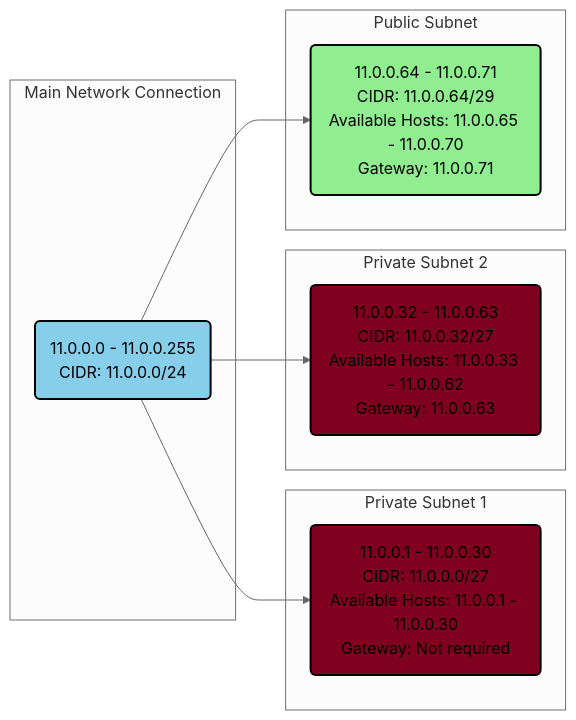
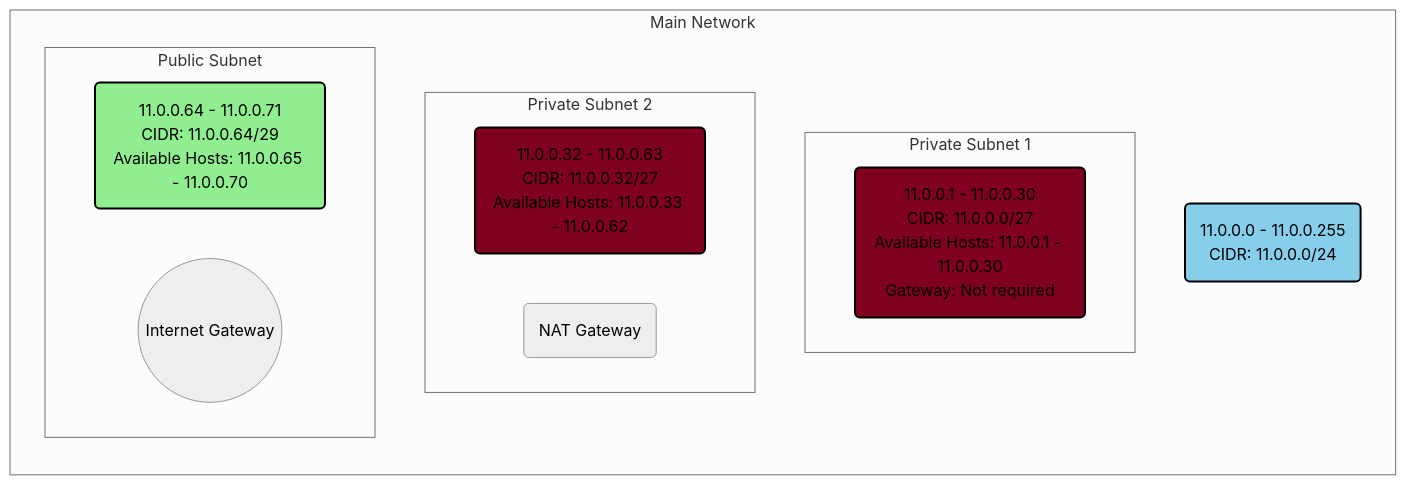
One commit to techgrounds/techgrounds-techgroundsStudent changed the diagram in 02_NTW/02_NTW_06_Subnetten/verslag.md. Above: the diagram before and after it, drawn with Mermaid (neutral theme).

````diff
--- a/02_NTW/02_NTW_06_Subnetten/verslag.md
+++ b/02_NTW/02_NTW_06_Subnetten/verslag.md
@@ -17,31 +17,38 @@
 ```mermaid
 graph LR;
 
-subgraph Main Network Connection
+style subnet11 fill:#87CEEB,stroke:#000000,stroke-width:2px;
+style subnetPublic fill:#90EE90,stroke:#000000,stroke-width:2px;
+
+subgraph Main Network
     style subnet11 fill:#87CEEB,stroke:#000000,stroke-width:2px;
     subnet11(11.0.0.0 - 11.0.0.255<br/>CIDR: 11.0.0.0/24);
+    
+    subgraph Private Subnet 1
+        style subnet1 fill:#800020,stroke:#000000,stroke-width:2px;
+        class subnet1Text fill:#FFFFFF,stroke:none,font-weight:bold;
+        subnet1(11.0.0.1 - 11.0.0.30<br/>CIDR: 11.0.0.0/27<br/>Available Hosts: 11.0.0.1 - 11.0.0.30<br/>Gateway: Not required);
+    end
+    
+    subgraph Private Subnet 2
+        style subnet2 fill:#800020,stroke:#000000,stroke-width:2px;
+        class subnet2Text fill:#FFFFFF,stroke:none,font-weight:bold;
+        subnet2(11.0.0.32 - 11.0.0.63<br/>CIDR: 11.0.0.32/27<br/>Available Hosts: 11.0.0.33 - 11.0.0.62);
+        gateway(NAT Gateway)
+        class gatewayText fill:#000000,stroke:none,font-weight:bold;
+    end
+    
+    subgraph Public Subnet
+        style subnetPublic fill:#90EE90,stroke:#000000,stroke-width:2px;
+        subnetPublic(11.0.0.64 - 11.0.0.71<br/>CIDR: 11.0.0.64/29<br/>Available Hosts: 11.0.0.65 - 11.0.0.70);
+        internetGateway((Internet Gateway))
+        class internetGatewayText fill:#000000,stroke:none,font-weight:bold;
+    end
+    
+    
+
+
 end;
-
-subgraph Private Subnet 1
-    style subnet1 fill:#800020,stroke:#000000,stroke-width:2px;
-    class subnet1Text fill:#FFFFFF,stroke:none,font-weight:bold;
-    subnet1(11.0.0.1 - 11.0.0.30<br/>CIDR: 11.0.0.0/27<br/>Available Hosts: 11.0.0.1 - 11.0.0.30<br/>Gateway: Not required);
-end;
-
-subgraph Private Subnet 2
-    style subnet2 fill:#800020,stroke:#000000,stroke-width:2px;
-    class subnet2Text fill:#FFFFFF,stroke:none,font-weight:bold;
-    subnet2(11.0.0.32 - 11.0.0.63<br/>CIDR: 11.0.0.32/27<br/>Available Hosts: 11.0.0.33 - 11.0.0.62<br/>Gateway: 11.0.0.63);
-end;
-
-subgraph Public Subnet
-    style subnetPublic fill:#90EE90,stroke:#000000,stroke-width:2px;
-    subnetPublic(11.0.0.64 - 11.0.0.71<br/>CIDR: 11.0.0.64/29<br/>Available Hosts: 11.0.0.65 - 11.0.0.70<br/>Gateway: 11.0.0.71);
-end;
-
-subnet11 --> subnet1;
-subnet11 --> subnet2;
-subnet11 --> subnetPublic;
 
 
 ```
````
